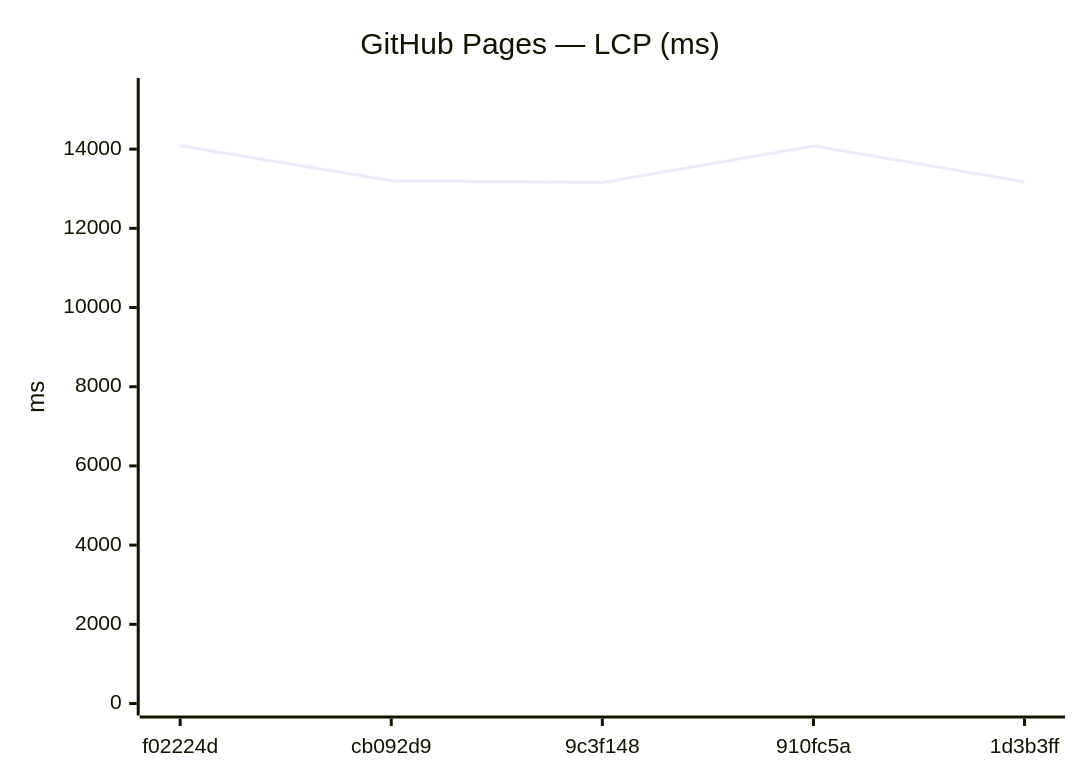
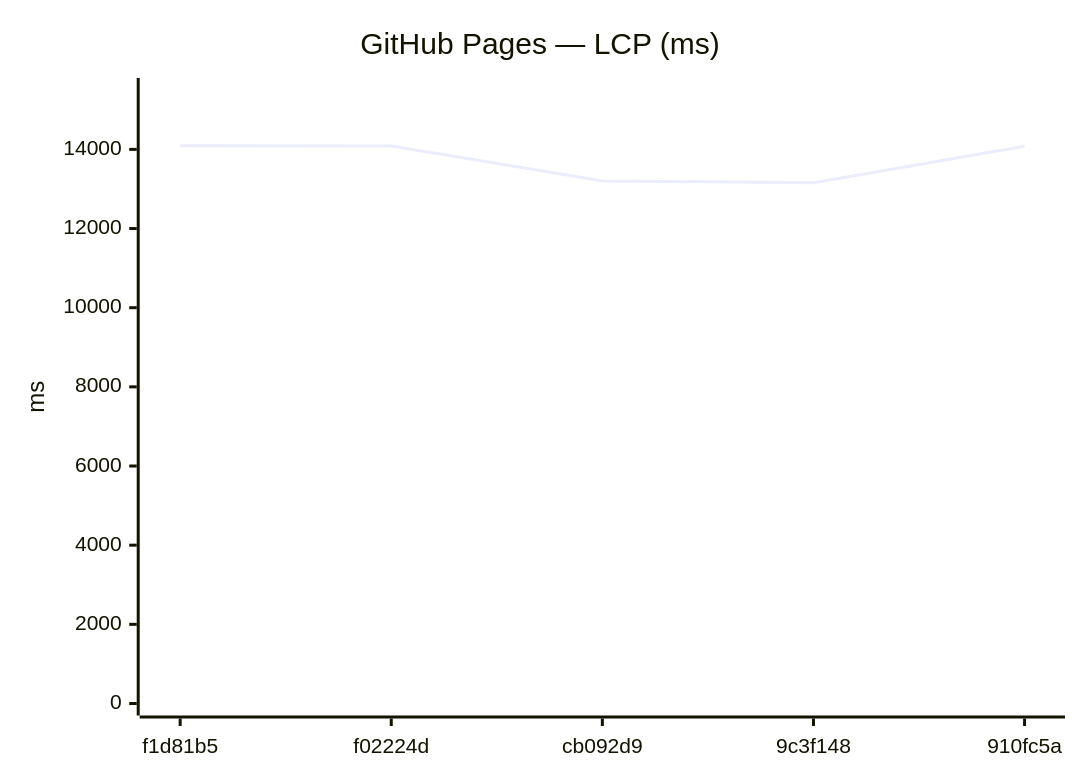
The ninth of 18 diagrams in benchmarks/compare.md (Metaheurist/Rianell), drawn with Mermaid before and after one commit. The commit also changed other lines of this file and 11 other files, not shown here.

````diff
--- a/benchmarks/compare.md
+++ b/benchmarks/compare.md
@@ -142,7 +142,7 @@
 ```mermaid
 xychart-beta
     title "GitHub Pages — LCP (ms)"
-    x-axis ["f02224d", "cb092d9", "9c3f148", "910fc5a", "1d3b3ff"]
-    y-axis "ms" 0 --> 15493
-    line [14084, 13204, 13156, 14081, 13177]
+    x-axis ["f1d81b5", "f02224d", "cb092d9", "9c3f148", "910fc5a"]
+    y-axis "ms" 0 --> 15500
+    line [14090, 14084, 13204, 13156, 14081]
 ```
````
